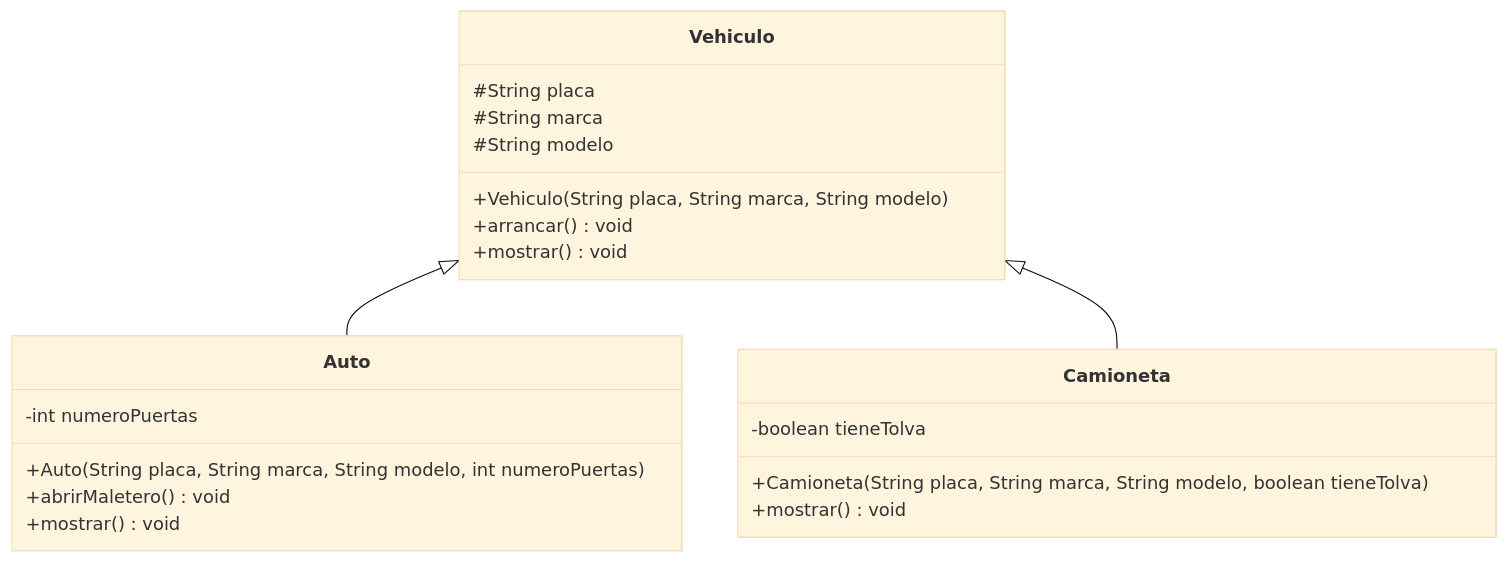
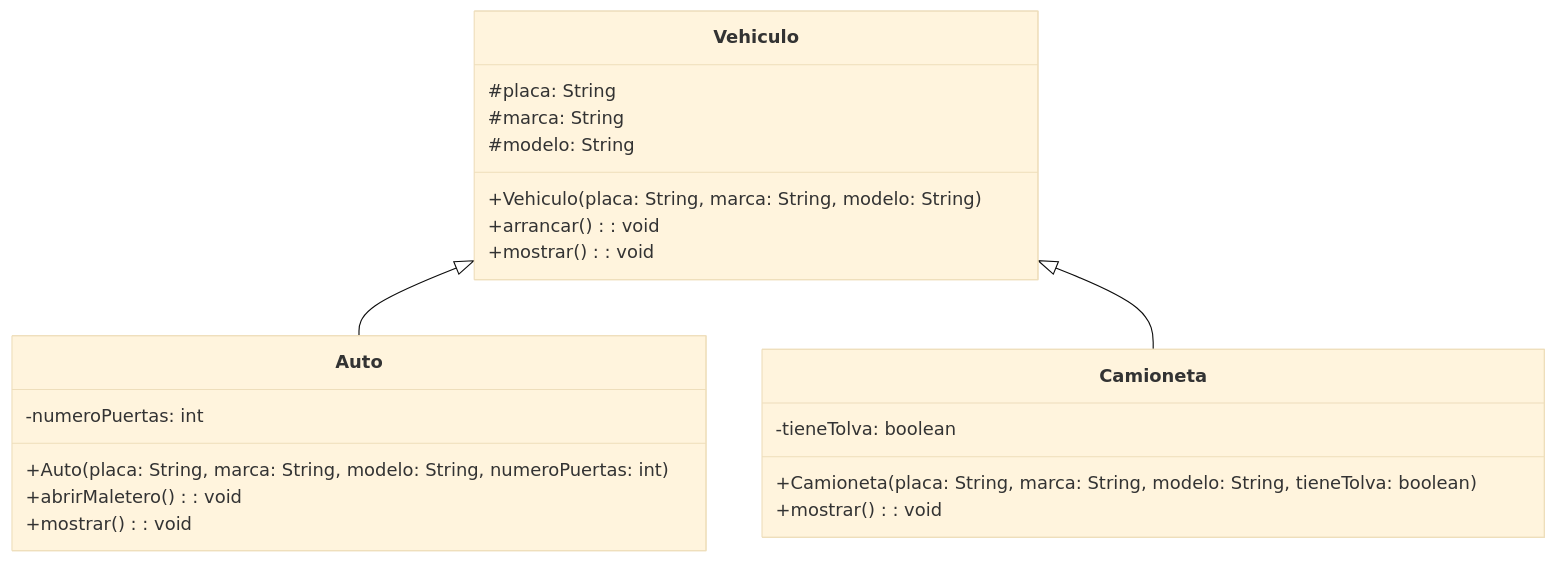
One commit to CursosProgramacionEP/USIL_SEMANA10 changed the fifth of 11 diagrams in README.md. Above: the diagram before and after it, drawn with Mermaid (base theme). The commit also changed other lines of this file and 1 other file, not shown here.

First line of the commit message:
Diagramas UML en notacion estandar (nombre: Tipo) en README y PRACTICAS_CLASE

````diff
--- a/README.md
+++ b/README.md
@@ -182,24 +182,24 @@
 ```mermaid
 classDiagram
     class Vehiculo {
-        #String placa
-        #String marca
-        #String modelo
-        +Vehiculo(String placa, String marca, String modelo)
-        +arrancar() void
-        +mostrar() void
+        #placa: String
+        #marca: String
+        #modelo: String
+        +Vehiculo(placa: String, marca: String, modelo: String)
+        +arrancar() : void
+        +mostrar() : void
     }
     class Auto {
-        -int numeroPuertas
-        +Auto(String placa, String marca, String modelo, int numeroPuertas)
-        +abrirMaletero() void
-        +mostrar() void
+        -numeroPuertas: int
+        +Auto(placa: String, marca: String, modelo: String, numeroPuertas: int)
+        +abrirMaletero() : void
+        +mostrar() : void
     }
     class Camioneta {
-        -boolean tieneTolva
-        +Camioneta(String placa, String marca, String modelo, boolean tieneTolva)
-        +mostrar() void
+        -tieneTolva: boolean
+        +Camioneta(placa: String, marca: String, modelo: String, tieneTolva: boolean)
+        +mostrar() : void
     }
     Vehiculo <|-- Auto
     Vehiculo <|-- Camioneta
 ```
````
